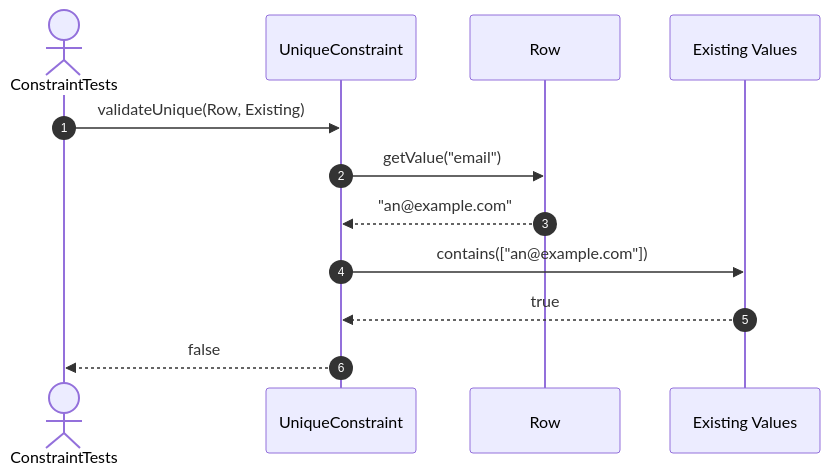
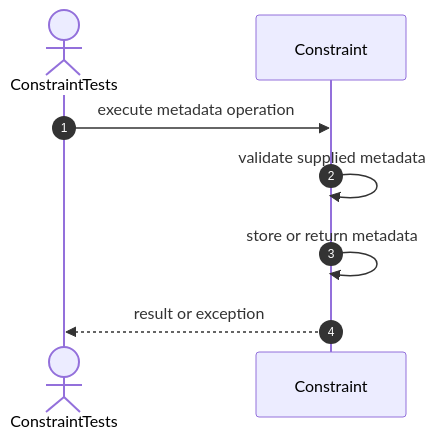
The tenth of 54 diagrams in src/tests/unit/metadata/sequences/constraint-testing.se.md (FhuAnn/-bbv-AN-s-DBMS), drawn with Mermaid before and after one commit. The commit also changed other lines of this file and 9 other files, not shown here.

Commit message:
table and row run test successfully, remaining constraint object

````diff
--- a/src/tests/unit/metadata/sequences/constraint-testing.se.md
+++ b/src/tests/unit/metadata/sequences/constraint-testing.se.md
@@ -145,15 +156,11 @@
 ```mermaid
 sequenceDiagram
     autonumber
     actor Test as ConstraintTests
-    participant Unique as UniqueConstraint
-    participant Row as Row
-    participant Existing as Existing Values
+    participant Constraint as Constraint
 
-    Test->>Unique: validateUnique(Row, Existing)
-    Unique->>Row: getValue("email")
-    Row-->>Unique: "an@example.com"
-    Unique->>Existing: contains(["an@example.com"])
-    Existing-->>Unique: true
-    Unique-->>Test: false
+    Test->>Constraint: execute metadata operation
+    Constraint->>Constraint: validate supplied metadata
+    Constraint->>Constraint: store or return metadata
+    Constraint-->>Test: result or exception
 ```
````
